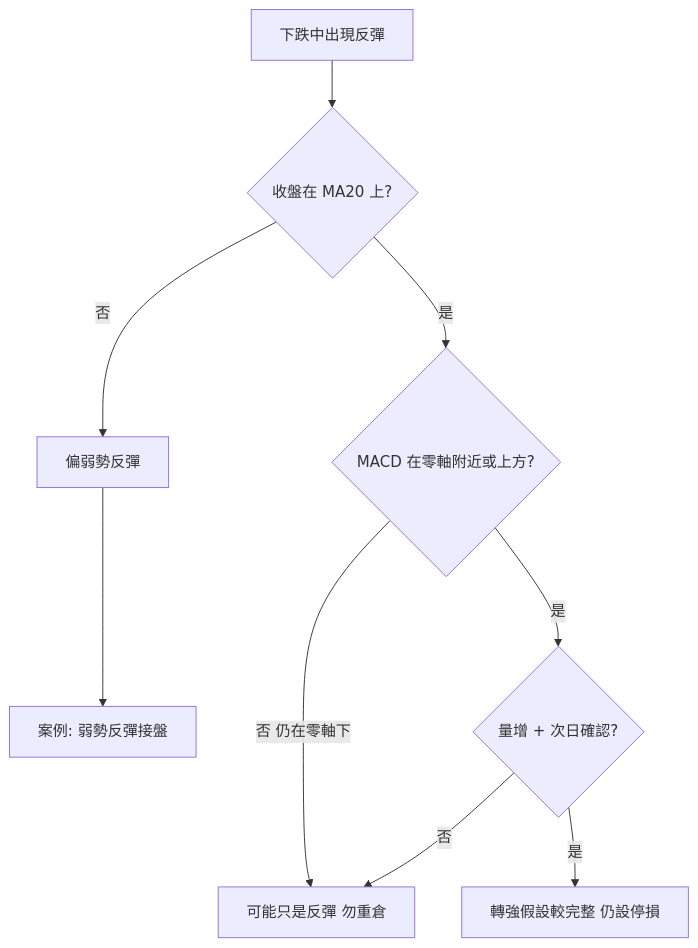
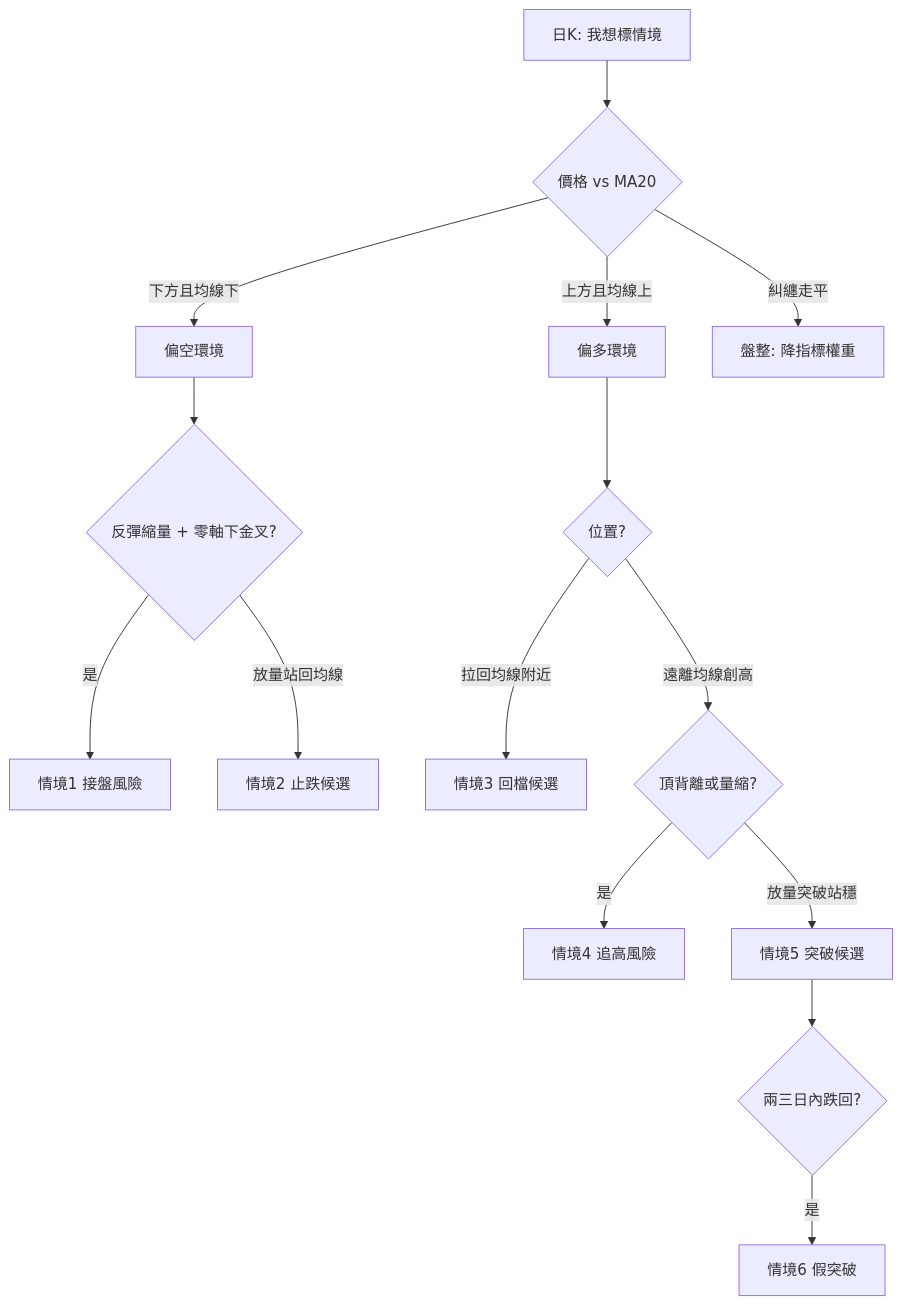
One commit to skymiku39/stock_school changed the second of 2 diagrams in docs/04-charts/catch-or-chase.md. Above: the diagram before and after it, drawn with Mermaid. The commit also changed other lines of this file and 20 other files, not shown here.

````diff
--- a/docs/04-charts/catch-or-chase.md
+++ b/docs/04-charts/catch-or-chase.md
@@ -76,11 +94,17 @@
 ```mermaid
 flowchart TD
-    A[下跌中出現反彈] --> B{收盤在 MA20 上?}
-    B -->|否| C[偏弱勢反彈]
-    B -->|是| D{MACD 在零軸附近或上方?}
-    D -->|否 仍在零軸下| E[可能只是反彈 勿重倉]
-    D -->|是| F{量增 + 次日確認?}
-    F -->|否| E
-    F -->|是| G[轉強假設較完整 仍設停損]
-    C --> H[案例: 弱勢反彈接盤]
+    S[日K: 我想標情境] --> T{價格 vs MA20}
+    T -->|下方且均線下| D[偏空環境]
+    T -->|上方且均線上| U[偏多環境]
+    T -->|糾纏走平| R[盤整: 降指標權重]
+    D --> D1{反彈縮量 + 零軸下金叉?}
+    D1 -->|是| C1[情境1 接盤風險]
+    D1 -->|放量站回均線| C2[情境2 止跌候選]
+    U --> U1{位置?}
+    U1 -->|拉回均線附近| C3[情境3 回檔候選]
+    U1 -->|遠離均線創高| U2{頂背離或量縮?}
+    U2 -->|是| C4[情境4 追高風險]
+    U2 -->|放量突破站穩| C5[情境5 突破候選]
+    C5 --> U3{兩三日內跌回?}
+    U3 -->|是| C6[情境6 假突破]
 ```
````
